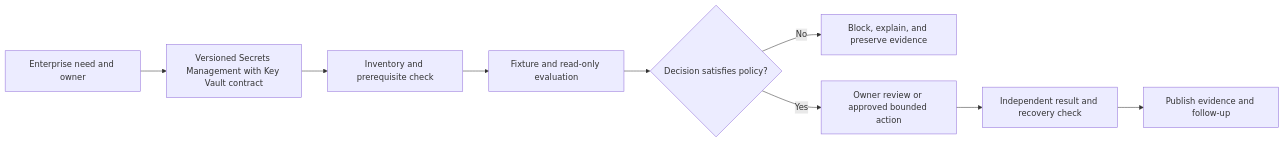
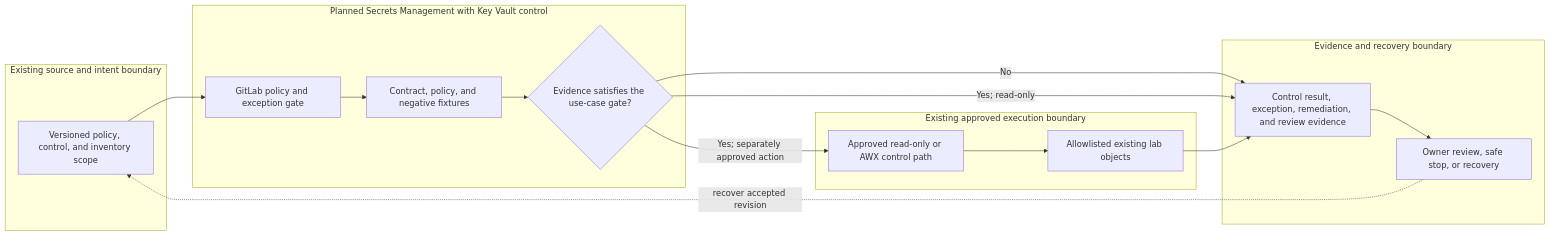
Before and after one commit to MIDHTECH/enterprise-architecture-docs: the diagram in docs/use-cases/governance/UC-GOV-005-secrets-management-with-key-vault.md, drawn with Mermaid. The commit also changed other lines of this file and 227 other files, not shown here.

Commit message:
Deepen architecture for all use case designs

````diff
--- a/docs/use-cases/governance/UC-GOV-005-secrets-management-with-key-vault.md
+++ b/docs/use-cases/governance/UC-GOV-005-secrets-management-with-key-vault.md
@@ -136,11 +129,25 @@
 ```mermaid
 flowchart LR
-    Need["Enterprise need and owner"] --> Contract["Versioned Secrets Management with Key Vault contract"]
-    Contract --> Preflight["Inventory and prerequisite check"]
-    Preflight --> Evaluate["Fixture and read-only evaluation"]
-    Evaluate --> Decision{"Decision satisfies policy?"}
-    Decision -->|No| Stop["Block, explain, and preserve evidence"]
-    Decision -->|Yes| Review["Owner review or approved bounded action"]
-    Review --> Verify["Independent result and recovery check"]
-    Verify --> Publish["Publish evidence and follow-up"]
+    subgraph Source["Existing source and intent boundary"]
+        A["Versioned policy, control, and inventory scope"]
+    end
+    subgraph Planned["Planned Secrets Management with Key Vault control"]
+        B["GitLab policy and exception gate"]
+        C["Contract, policy, and negative fixtures"]
+        D{"Evidence satisfies the use-case gate?"}
+    end
+    subgraph Runtime["Existing approved execution boundary"]
+        E["Approved read-only or AWX control path"]
+        F["Allowlisted existing lab objects"]
+    end
+    subgraph Assurance["Evidence and recovery boundary"]
+        G["Control result, exception, remediation, and review evidence"]
+        H["Owner review, safe stop, or recovery"]
+    end
+
+    A --> B --> C --> D
+    D -->|No| G --> H
+    D -->|Yes; read-only| G
+    D -->|Yes; separately approved action| E --> F --> G
+    H -. recover accepted revision .-> A
 ```
````
